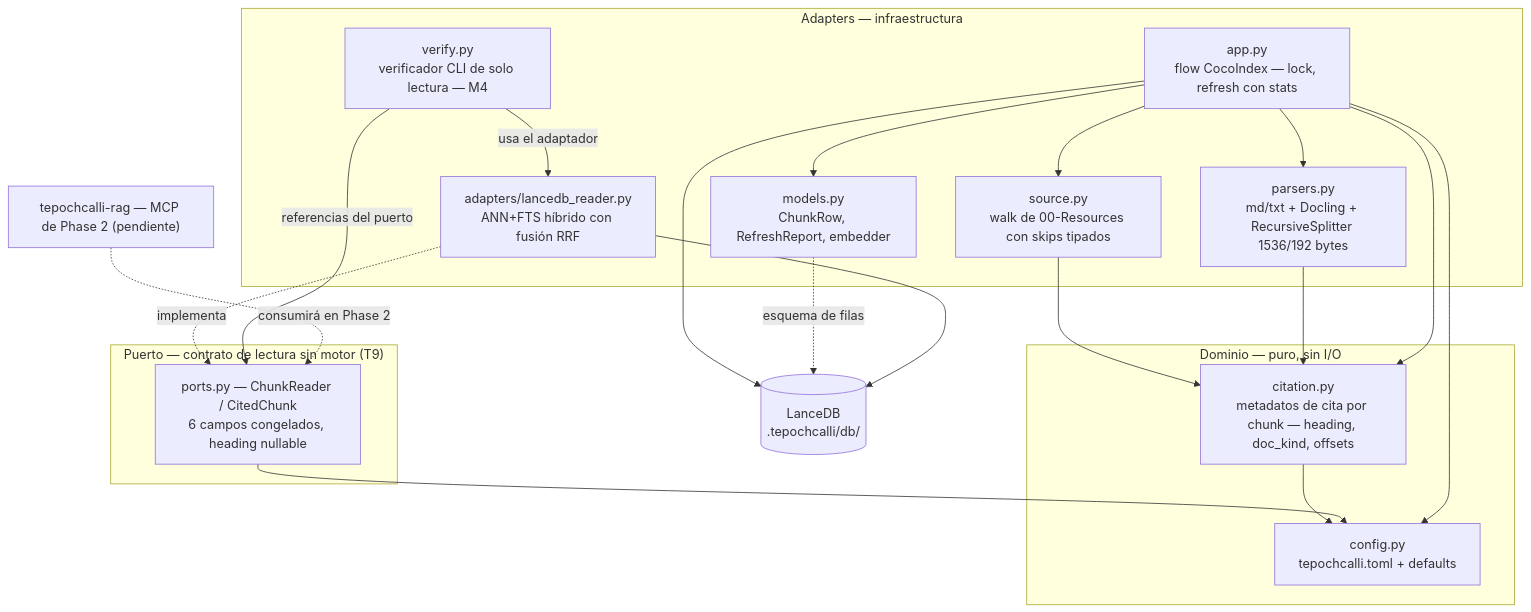
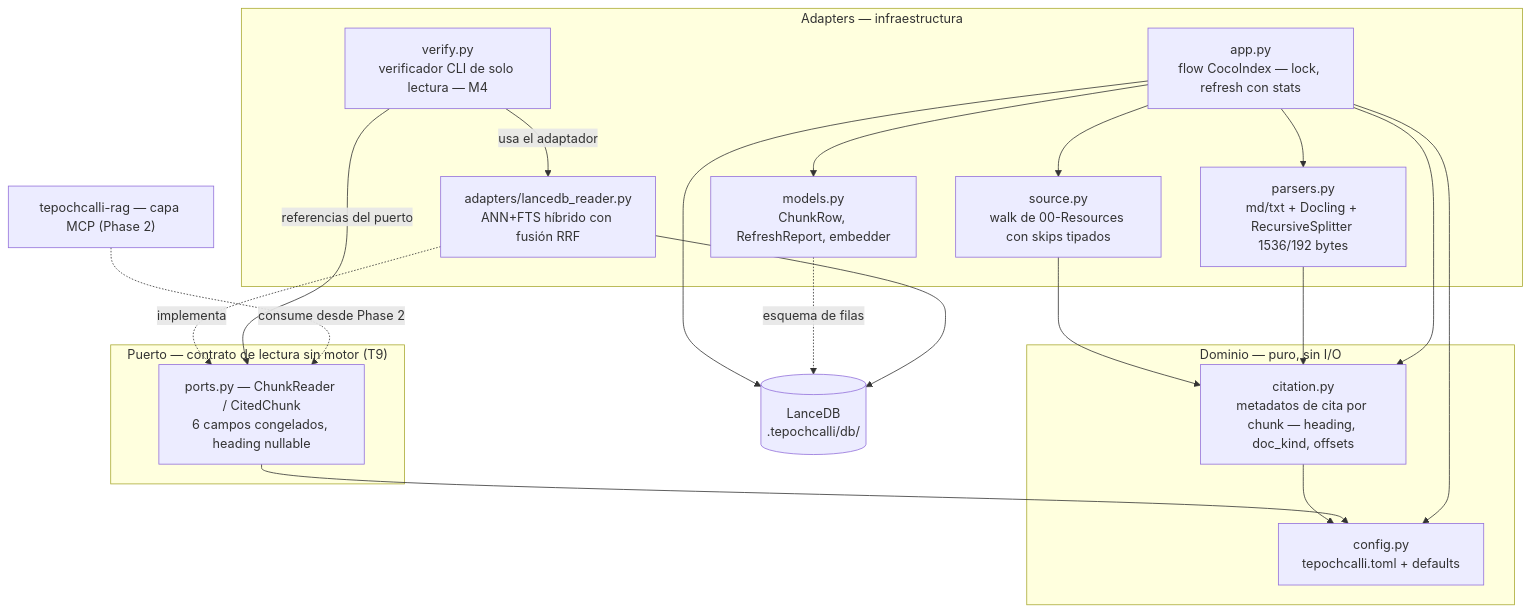
The fourth of 5 diagrams in docs/ARCHITECTURE.md (Fisherk2/tepochcalli-opencode), drawn with Mermaid before and after one commit. The commit also changed other lines of this file and 9 other files, not shown here.

````diff
--- a/docs/ARCHITECTURE.md
+++ b/docs/ARCHITECTURE.md
@@ -134,40 +137,40 @@
 ```mermaid
 graph TB
     subgraph DOMAIN["Dominio — puro, sin I/O"]
         CIT["citation.py<br/>metadatos de cita por chunk — heading, doc_kind, offsets"]
         CFG["config.py<br/>tepochcalli.toml + defaults"]
     end
 
     subgraph PORT["Puerto — contrato de lectura sin motor (T9)"]
         PRT["ports.py — ChunkReader / CitedChunk<br/>6 campos congelados, heading nullable"]
     end
 
     subgraph ADAPTERS["Adapters — infraestructura"]
         SRC["source.py<br/>walk de 00-Resources con skips tipados"]
         PAR["parsers.py<br/>md/txt + Docling + RecursiveSplitter 1536/192 bytes"]
         APP["app.py<br/>flow CocoIndex — lock, refresh con stats"]
         MDL["models.py<br/>ChunkRow, RefreshReport, embedder"]
         LDR["adapters/lancedb_reader.py<br/>ANN+FTS híbrido con fusión RRF"]
         VER["verify.py<br/>verificador CLI de solo lectura — M4"]
     end
 
     DB[("LanceDB<br/>.tepochcalli/db/")]
-    MCP2["tepochcalli-rag — MCP de Phase 2 (pendiente)"]
+    MCP2["tepochcalli-rag — capa MCP (Phase 2)"]
 
     CIT --> CFG
     PRT --> CFG
     SRC --> CIT
     PAR --> CIT
     APP --> SRC
     APP --> PAR
     APP --> CIT
     APP --> CFG
     APP --> MDL
     APP --> DB
     MDL -.->|esquema de filas| DB
     LDR -.->|implementa| PRT
     LDR --> DB
     VER -->|referencias del puerto| PRT
     VER -->|usa el adaptador| LDR
-    MCP2 -.->|consumirá en Phase 2| PRT
+    MCP2 -.->|consume desde Phase 2| PRT
 ```
````
